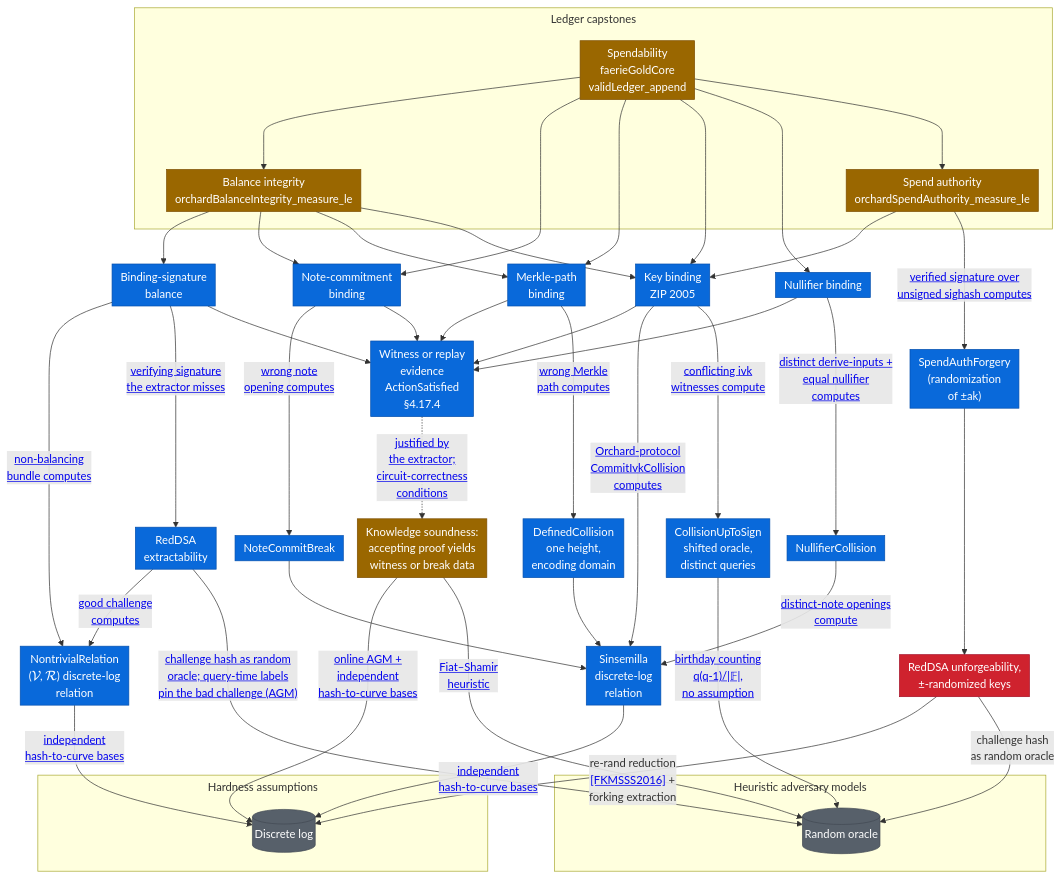
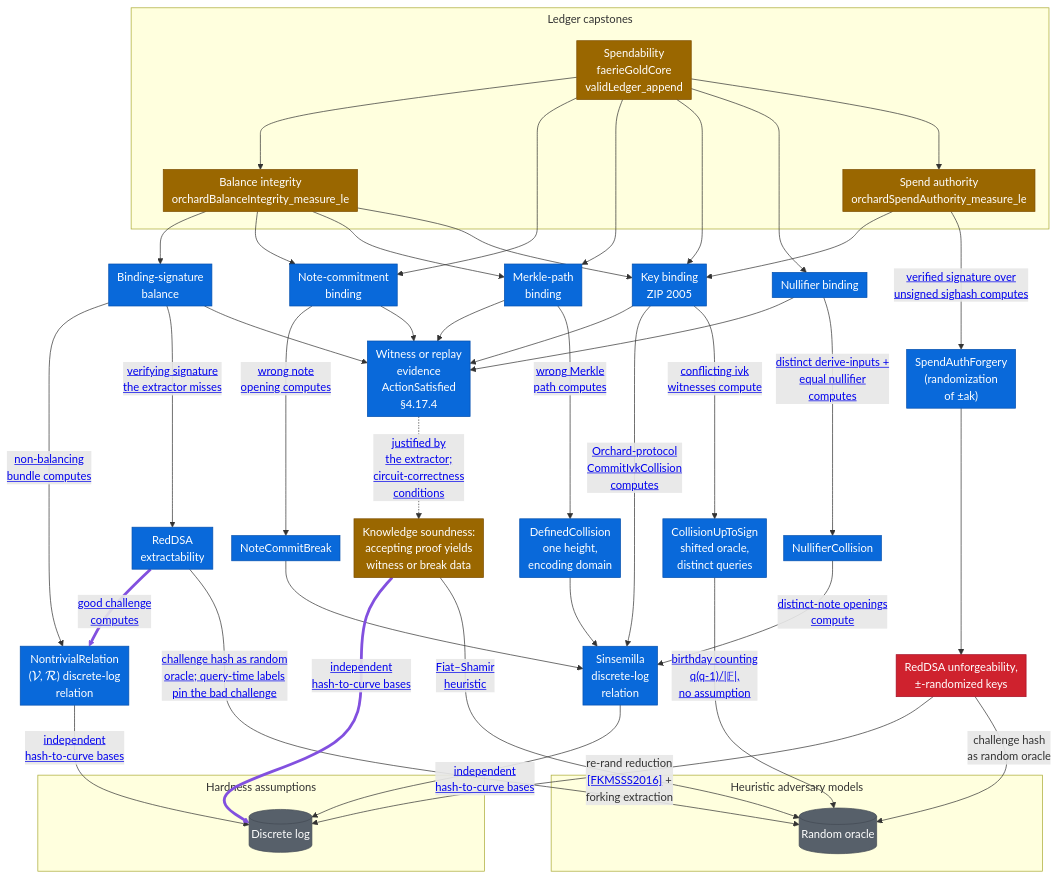
Before and after one commit to daira/ironwood: the diagram in book/src/formal-verification/ledger-security-games.md, drawn with Mermaid. The commit also changed other lines of this file and 4 other files, not shown here.

````diff
--- a/book/src/formal-verification/ledger-security-games.md
+++ b/book/src/formal-verification/ledger-security-games.md
@@ -14,5 +16,5 @@
 ```mermaid
-%%{init: {"flowchart": {"nodeSpacing": 20, "rankSpacing": 50, "padding": 6, "diagramPadding": 4, "subGraphTitleMargin": {"top": 4, "bottom": 18}}, "themeCSS": ".cluster-label { font-weight: 700; font-size: 1.1em; font-family: raleway, sans-serif; }"}}%%
+%%{init: {"flowchart": {"nodeSpacing": 20, "rankSpacing": 50, "padding": 6, "diagramPadding": 4, "subGraphTitleMargin": {"top": 4, "bottom": 18}}, "themeCSS": ".cluster-label { font-weight: 700; font-size: 1.1em; font-family: raleway, sans-serif; } marker { overflow: visible !important; } marker path { transform-box: fill-box !important; transform-origin: center !important; transform: scale(1.25) !important; }"}}%%
 flowchart TD
   subgraph GAMES["Ledger capstones"]
     BAL["Balance integrity<br/>orchardBalanceIntegrity_measure_le"]
@@ -57,11 +59,11 @@
   STMT -. "<a target='_blank' href='https://github.com/zcash/ironwood/blob/main/Zcash/Snark/Soundness/Composition/Bridge.lean'>justified by<br/>the extractor;<br/>circuit-correctness<br/>conditions</a>" .-> KS["Knowledge soundness:<br/>accepting proof yields<br/>witness or break data"]
   NCBK --> SDLR["Sinsemilla<br/>discrete-log<br/>relation"]
 
-  KERR -->|"<a target='_blank' href='https://github.com/zcash/ironwood/blob/main/Zcash/Security/RedDSA/Extraction.lean'>good challenge<br/>computes</a>"| NDLR
-  KERR --->|"<a target='_blank' href='https://github.com/zcash/ironwood/blob/main/Zcash/Security/RedDSA/KnowledgeError.lean'>challenge hash as random<br/>oracle; query-time labels<br/>pin the bad challenge (AGM)</a>"| ROM
+  KERR ==>|"<a target='_blank' href='https://github.com/zcash/ironwood/blob/main/Zcash/Security/RedDSA/Extraction.lean'>good challenge<br/>computes</a>"| NDLR
+  KERR --->|"<a target='_blank' href='https://github.com/zcash/ironwood/blob/main/Zcash/Security/RedDSA/KnowledgeError.lean'>challenge hash as random<br/>oracle; query-time labels<br/>pin the bad challenge</a>"| ROM
   NDLR -->|"<a target='_blank' href='https://github.com/zcash/ironwood/blob/main/Zcash/Snark/Soundness/AGM/BindingSignature.lean'>independent<br/>hash-to-curve bases</a>"| DL
   SDLR -->|"<a target='_blank' href='https://github.com/zcash/ironwood/blob/main/Zcash/Snark/Soundness/AGM/BindingSignature.lean'>independent<br/>hash-to-curve bases</a>"| DL
-  KS --->|"<a target='_blank' href='https://github.com/zcash/ironwood/blob/main/Zcash/Snark/Soundness/Action/AdaptiveStatementKnowledge.lean'>online AGM +<br/>independent<br/>hash-to-curve bases</a>"| DL
+  KS ===>|"<a target='_blank' href='https://github.com/zcash/ironwood/blob/main/Zcash/Snark/Soundness/Action/AdaptiveStatementKnowledge.lean'>independent<br/>hash-to-curve bases</a>"| DL
   KS -->|"<a target='_blank' href='https://github.com/zcash/ironwood/tree/main/Zcash/Snark/Soundness/FiatShamir'>Fiat–Shamir<br/>heuristic</a>"| ROM
   MC --> SDLR
   CUS --->|"<a target='_blank' href='https://github.com/zcash/ironwood/blob/main/Zcash/Security/Common/Birthday.lean'>birthday counting<br/>q(q-1)/|𝔽|,<br/>no assumption</a>"| ROM
@@ -101,4 +103,6 @@
   class NCB,BS,KB,MERK,NFB,STMT,NDLR,CUS,NCBK,MC,NFC,SAF,SDLR,KERR checked
   class RDSA hyp
   class DL,ROM assumed
+  %% linkStyle selects edges by definition order above; recount when adding or removing edges
+  linkStyle 26,30 stroke:#8250df,stroke-width:4px
 ```
````
